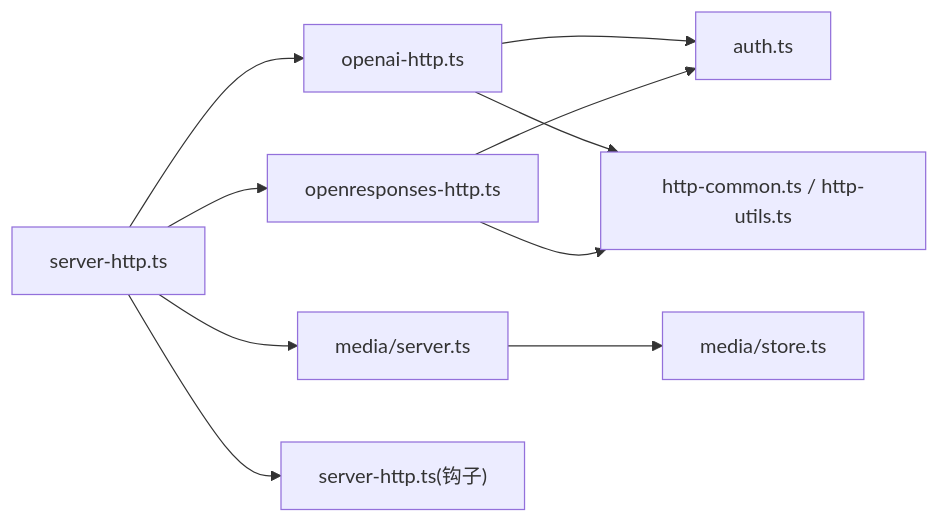
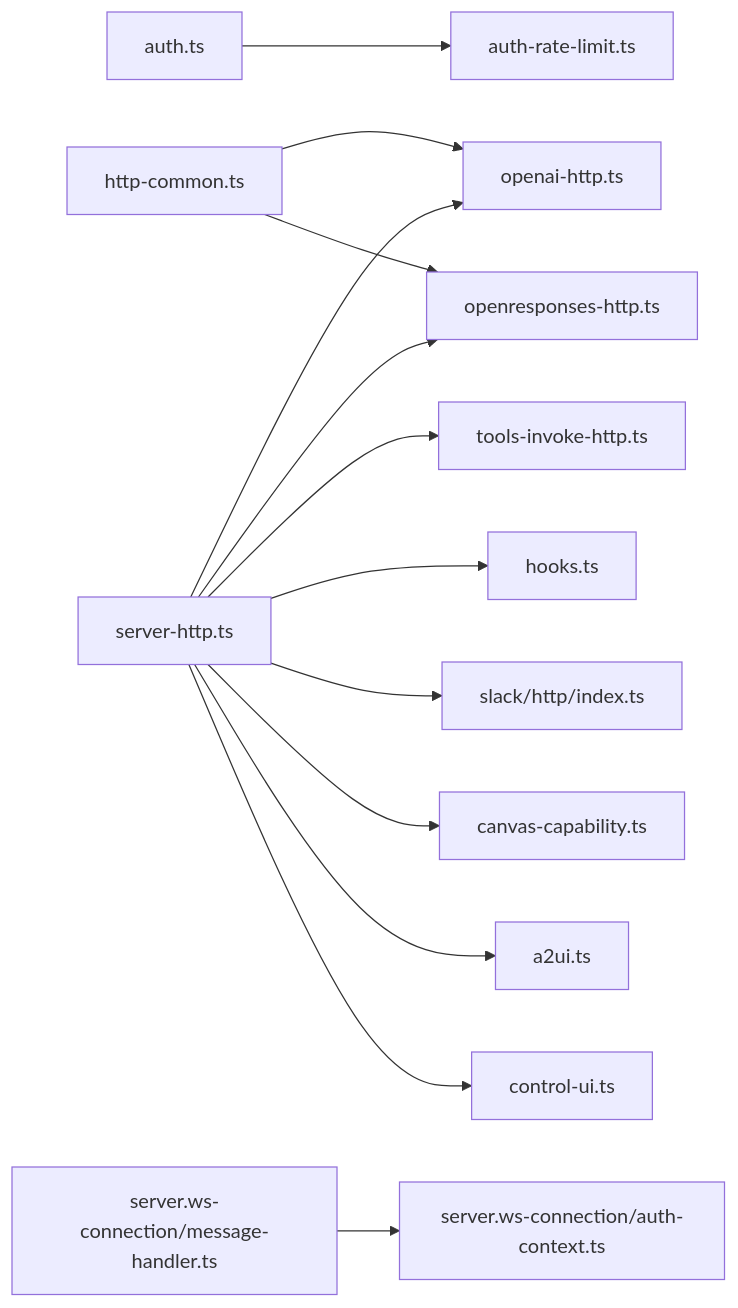
Before and after one commit to HACK-WU/openclaw: the sixth of 6 diagrams in .qoder/repowiki/zh/content/API参考/HTTP API.md, drawn with Mermaid. The commit also changed other lines of this file and 549 other files, not shown here.

````diff
--- a/.qoder/repowiki/zh/content/API参考/HTTP API.md
+++ b/.qoder/repowiki/zh/content/API参考/HTTP API.md
@@ -352,12 +465,15 @@
 ```mermaid
 graph LR
-Server["server-http.ts"] --> OpenAI["openai-http.ts"]
-Server --> Responses["openresponses-http.ts"]
-Server --> Media["media/server.ts"]
-Server --> Hooks["server-http.ts(钩子)"]
-OpenAI --> Auth["auth.ts"]
-Responses --> Auth
-OpenAI --> Utils["http-common.ts / http-utils.ts"]
-Responses --> Utils
-Media --> Store["media/store.ts"]
+Auth["auth.ts"] --> RateLimit["auth-rate-limit.ts"]
+Common["http-common.ts"] --> OA["openai-http.ts"]
+Common --> OR["openresponses-http.ts"]
+HTTP["server-http.ts"] --> OA
+HTTP --> OR
+HTTP --> Tools["tools-invoke-http.ts"]
+HTTP --> Hooks["hooks.ts"]
+HTTP --> Slack["slack/http/index.ts"]
+HTTP --> Canvas["canvas-capability.ts"]
+HTTP --> A2UI["a2ui.ts"]
+HTTP --> Ctrl["control-ui.ts"]
+WSMsg["server.ws-connection/message-handler.ts"] --> WSAuth["server.ws-connection/auth-context.ts"]
 ```
````
